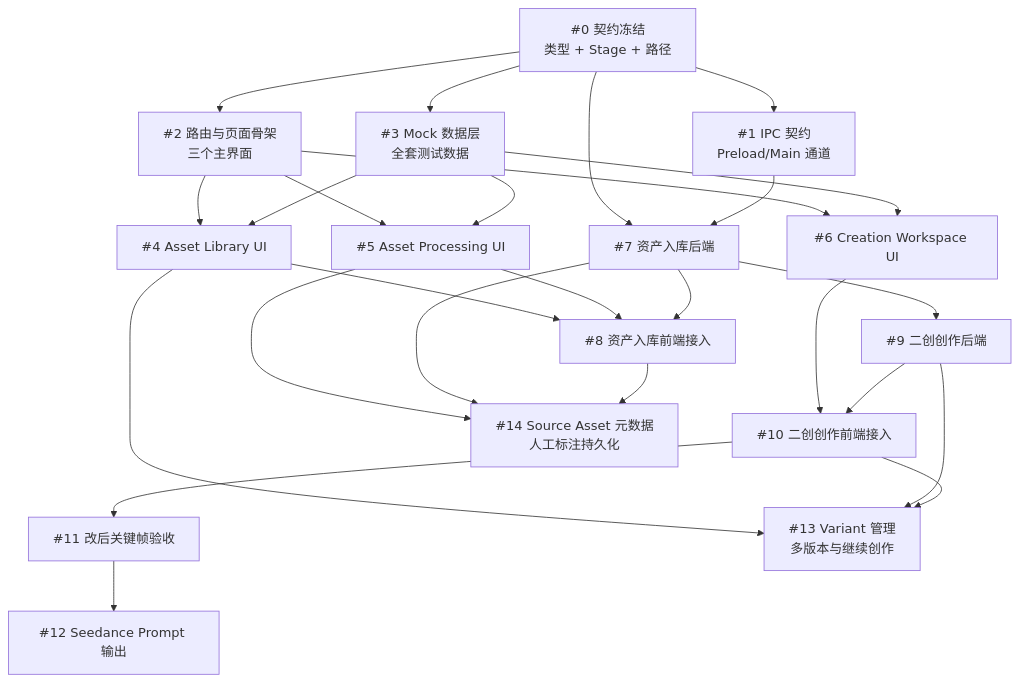
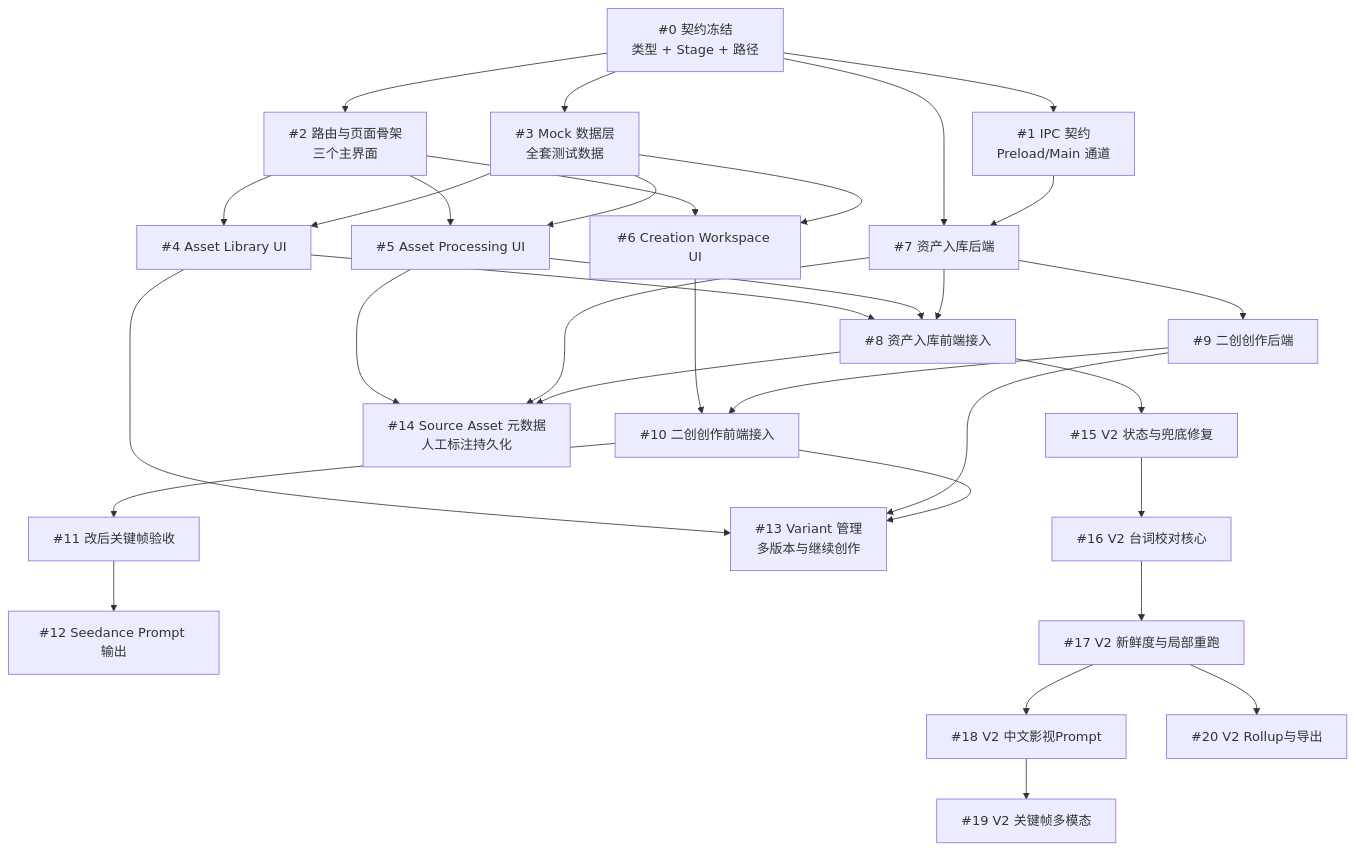
One commit to twj515895394/lingji-creator changed the diagram in .planning/tasks/remix-issues-overview.md. Above: the diagram before and after it, drawn with Mermaid. The commit also changed other lines of this file and 7 other files, not shown here.

Commit message:
docs(remix): add PRD and issues tracker for Remix Understanding V2

````diff
--- a/.planning/tasks/remix-issues-overview.md
+++ b/.planning/tasks/remix-issues-overview.md
@@ -11,44 +11,60 @@
 ```mermaid
 graph TD
     I0["#0 契约冻结<br/>类型 + Stage + 路径"]
     I1["#1 IPC 契约<br/>Preload/Main 通道"]
     I2["#2 路由与页面骨架<br/>三个主界面"]
     I3["#3 Mock 数据层<br/>全套测试数据"]
     I4["#4 Asset Library UI"]
     I5["#5 Asset Processing UI"]
     I6["#6 Creation Workspace UI"]
     I7["#7 资产入库后端"]
     I8["#8 资产入库前端接入"]
     I9["#9 二创创作后端"]
     I10["#10 二创创作前端接入"]
     I11["#11 改后关键帧验收"]
     I12["#12 Seedance Prompt 输出"]
     I13["#13 Variant 管理<br/>多版本与继续创作"]
     I14["#14 Source Asset 元数据<br/>人工标注持久化"]
+    
+    %% Remix Understanding V2
+    I15["#15 V2 状态与兜底修复"]
+    I16["#16 V2 台词校对核心"]
+    I17["#17 V2 新鲜度与局部重跑"]
+    I18["#18 V2 中文影视Prompt"]
+    I19["#19 V2 关键帧多模态"]
+    I20["#20 V2 Rollup与导出"]
 
     I0 --> I1
     I0 --> I2
     I0 --> I3
     I0 --> I7
     I1 --> I7
     I2 --> I4
     I2 --> I5
     I2 --> I6
     I3 --> I4
     I3 --> I5
     I3 --> I6
     I4 --> I8
     I5 --> I8
     I7 --> I8
     I7 --> I9
     I6 --> I10
     I9 --> I10
     I4 --> I13
     I9 --> I13
     I10 --> I13
     I5 --> I14
     I7 --> I14
     I8 --> I14
     I10 --> I11
     I11 --> I12
+    
+    %% V2 Connections
+    I8 --> I15
+    I15 --> I16
+    I16 --> I17
+    I17 --> I18
+    I17 --> I20
+    I18 --> I19
 ```
````
